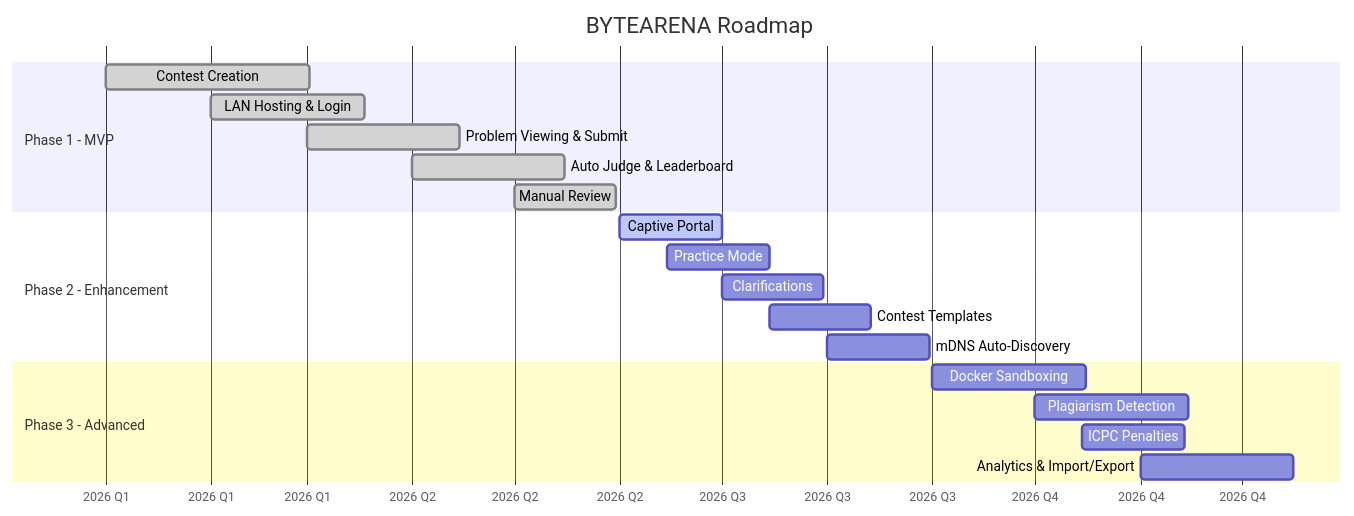
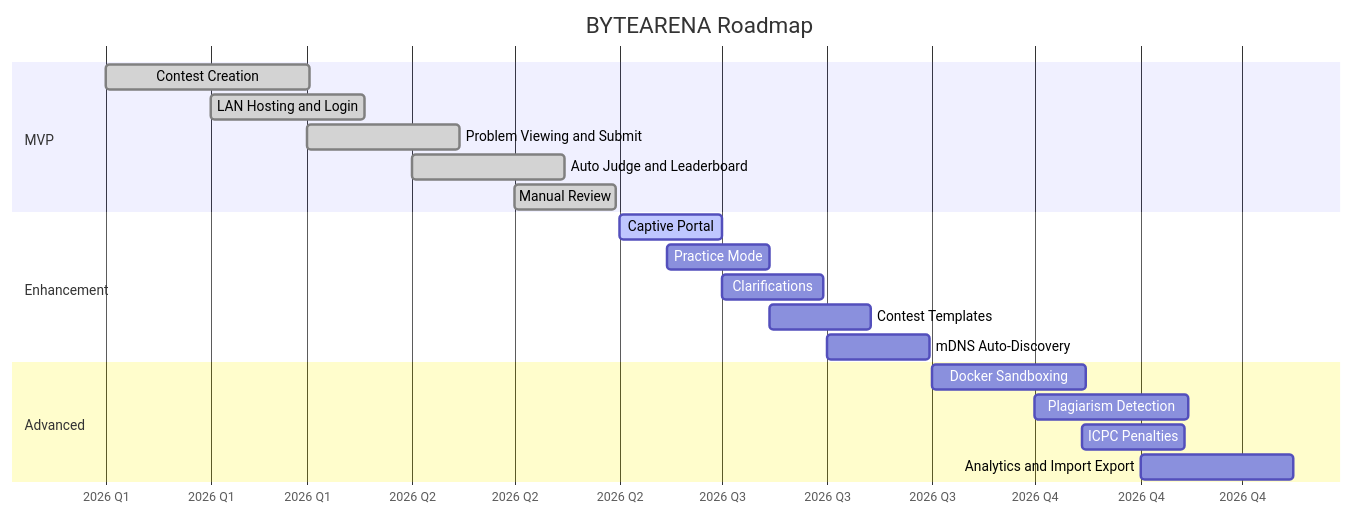
Before and after one commit to mrinmoyChakraborty-mrinox/ByteArena: the eighth of 8 diagrams in README.md, drawn with Mermaid. The commit also changed other lines of this file, not shown here.

First line of the commit message:
fix: resolve Mermaid diagram rendering issues on GitHub

````diff
--- a/README.md
+++ b/README.md
@@ -211,26 +217,26 @@
 ```mermaid
 gantt
     title BYTEARENA Roadmap
-    dateFormat  YYYY-MM-DD
-    axisFormat  %Y Q%q
+    dateFormat YYYY-MM-DD
+    axisFormat %Y Q%q
 
-    section Phase 1 - MVP
+    section MVP
     Contest Creation           :done, p1a, 2026-01-01, 60d
-    LAN Hosting & Login        :done, p1b, 2026-02-01, 45d
-    Problem Viewing & Submit   :done, p1c, 2026-03-01, 45d
-    Auto Judge & Leaderboard   :done, p1d, 2026-04-01, 45d
+    LAN Hosting and Login      :done, p1b, 2026-02-01, 45d
+    Problem Viewing and Submit :done, p1c, 2026-03-01, 45d
+    Auto Judge and Leaderboard :done, p1d, 2026-04-01, 45d
     Manual Review              :done, p1e, 2026-05-01, 30d
 
-    section Phase 2 - Enhancement
+    section Enhancement
     Captive Portal             :active, p2a, 2026-06-01, 30d
     Practice Mode              :p2b, 2026-06-15, 30d
     Clarifications             :p2c, 2026-07-01, 30d
-    Contest Templates           :p2d, 2026-07-15, 30d
+    Contest Templates          :p2d, 2026-07-15, 30d
     mDNS Auto-Discovery        :p2e, 2026-08-01, 30d
 
-    section Phase 3 - Advanced
+    section Advanced
     Docker Sandboxing          :p3a, 2026-09-01, 45d
     Plagiarism Detection       :p3b, 2026-10-01, 45d
     ICPC Penalties             :p3c, 2026-10-15, 30d
-    Analytics & Import/Export  :p3d, 2026-11-01, 45d
+    Analytics and Import Export :p3d, 2026-11-01, 45d
 ```
````
